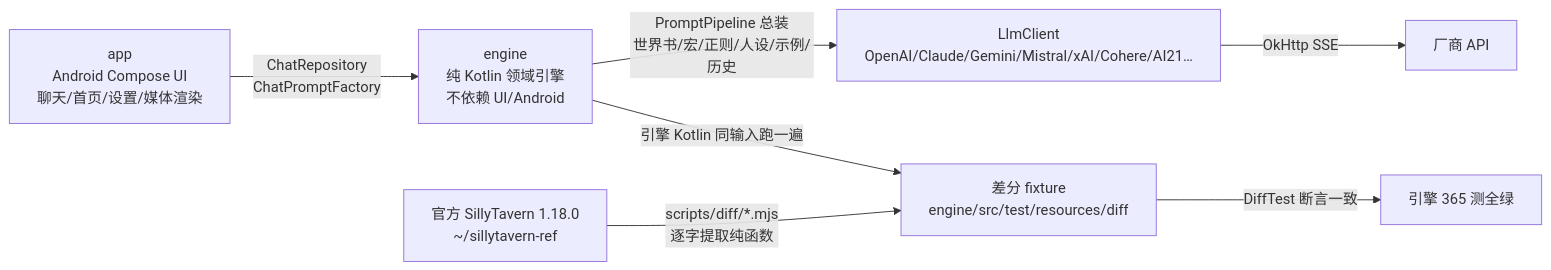
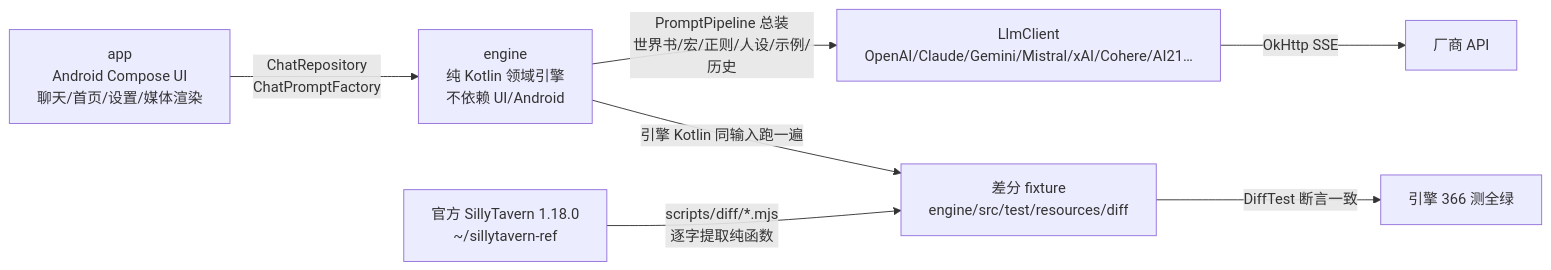
The diagram in docs/HANDOFF.md (heikeyangle-code/ember-inn), drawn with Mermaid before and after one commit. The commit also changed other lines of this file and 16 other files, not shown here.

````diff
--- a/docs/HANDOFF.md
+++ b/docs/HANDOFF.md
@@ -8,9 +8,9 @@
 ```mermaid
 flowchart LR
  A[app<br/>Android Compose UI<br/>聊天/首页/设置/媒体渲染] -->|ChatRepository<br/>ChatPromptFactory| B[engine<br/>纯 Kotlin 领域引擎<br/>不依赖 UI/Android]
  B -->|PromptPipeline 总装<br/>世界书/宏/正则/人设/示例/历史| C[LlmClient<br/>OpenAI/Claude/Gemini/Mistral/xAI/Cohere/AI21…]
  C -->|OkHttp SSE| D[厂商 API]
  E[官方 SillyTavern 1.18.0<br/>~/sillytavern-ref] -->|scripts/diff/*.mjs<br/>逐字提取纯函数| F[差分 fixture<br/>engine/src/test/resources/diff]
  B -->|引擎 Kotlin 同输入跑一遍| F
- F -->|DiffTest 断言一致| G[引擎 365 测全绿]
+ F -->|DiffTest 断言一致| G[引擎 366 测全绿]
 ```
````
